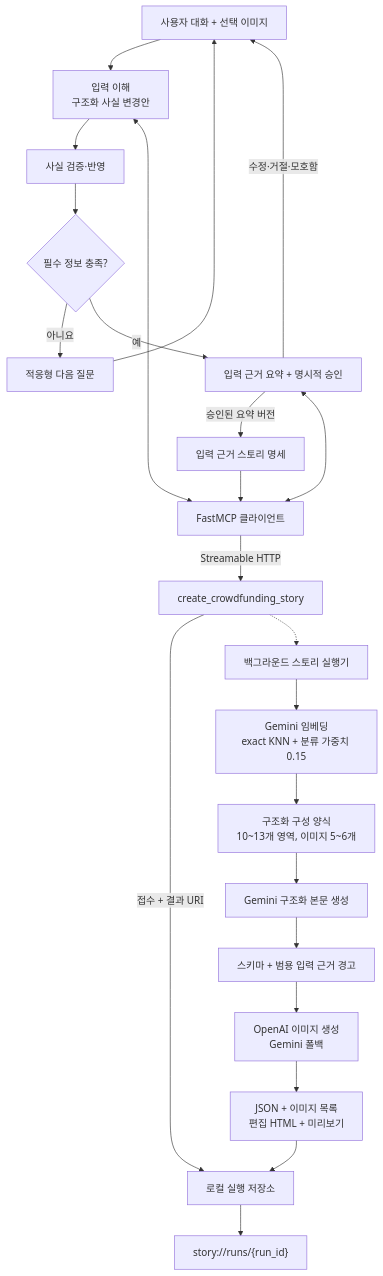
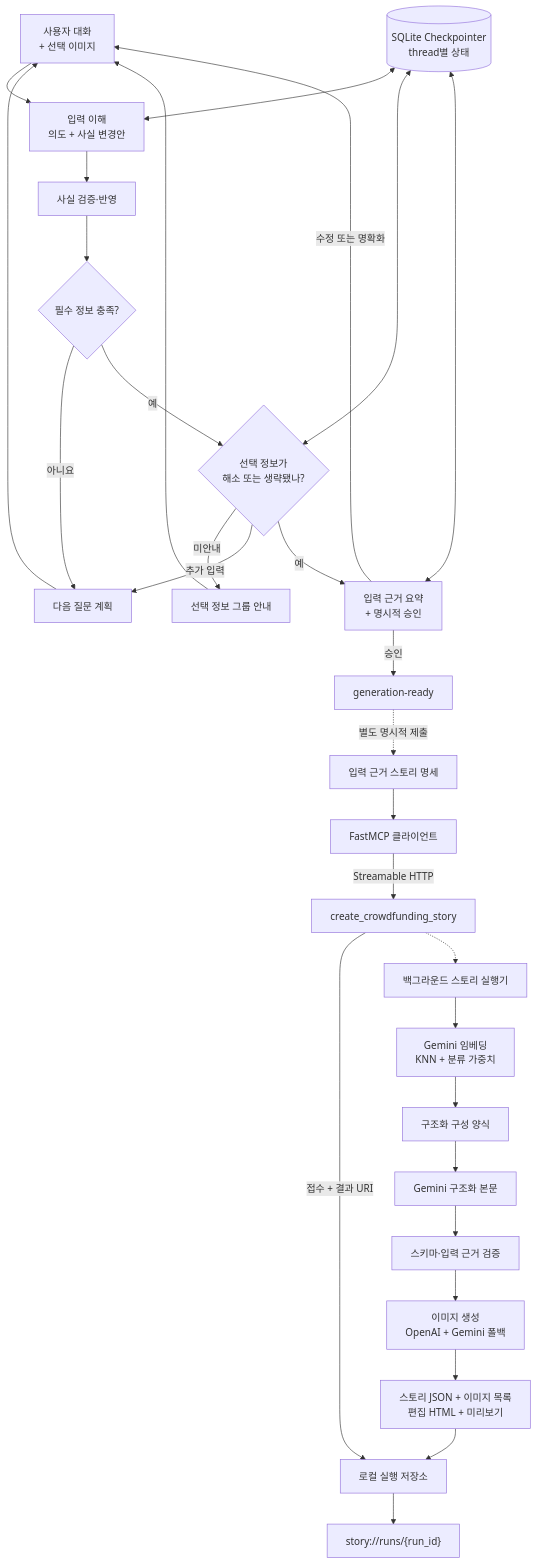
Before and after one commit to KT-Cloud-Tech-Up-team6/funding-story-ai: the diagram in i18n/README-KR.md, drawn with Mermaid. The commit also changed other lines of this file and 27 other files, not shown here.

````diff
--- a/i18n/README-KR.md
+++ b/i18n/README-KR.md
@@ -168,28 +152,35 @@
 ```mermaid
 flowchart TB
-    U["사용자 대화 + 선택 이미지"] --> X["입력 이해<br/>구조화 사실 변경안"]
+    U["사용자 대화<br/>+ 선택 이미지"] --> X["입력 이해<br/>의도 + 사실 변경안"]
     X --> F["사실 검증·반영"]
     F --> Q{"필수 정보 충족?"}
-    Q -->|아니요| N["적응형 다음 질문"]
+    Q -->|아니요| N["다음 질문 계획"]
     N --> U
-    Q -->|예| A["입력 근거 요약 + 명시적 승인"]
-    A -->|수정·거절·모호함| U
-    A -->|승인된 요약 버전| B["입력 근거 스토리 명세"]
-    C[("SQLite Checkpointer<br/>세션별 상태")]
-    C <--> X
-    C <--> A
+    Q -->|예| O{"선택 정보가<br/>해소 또는 생략됐나?"}
+    O -->|미안내| L["선택 정보 그룹 안내"]
+    O -->|추가 입력| N
+    L --> U
+    O -->|예| A["입력 근거 요약<br/>+ 명시적 승인"]
+    A -->|수정 또는 명확화| U
+    A -->|승인| R["generation-ready"]
 
-    B --> C["FastMCP 클라이언트"]
-    C -->|"Streamable HTTP"| M["create_crowdfunding_story"]
+    CP[("SQLite Checkpointer<br/>thread별 상태")]
+    CP <--> X
+    CP <--> O
+    CP <--> A
+
+    R -.->|"별도 명시적 제출"| B["입력 근거 스토리 명세"]
+    B --> MC["FastMCP 클라이언트"]
+    MC -->|"Streamable HTTP"| M["create_crowdfunding_story"]
     M -->|"접수 + 결과 URI"| S["로컬 실행 저장소"]
     M -.-> E["백그라운드 스토리 실행기"]
 
-    E --> K["Gemini 임베딩<br/>exact KNN + 분류 가중치 0.15"]
-    K --> T["구조화 구성 양식<br/>10~13개 영역, 이미지 5~6개"]
-    T --> G["Gemini 구조화 본문 생성"]
-    G --> V["스키마 + 범용 입력 근거 경고"]
-    V --> I["OpenAI 이미지 생성<br/>Gemini 폴백"]
-    I --> H["JSON + 이미지 목록<br/>편집 HTML + 미리보기"]
+    E --> K["Gemini 임베딩<br/>KNN + 분류 가중치"]
+    K --> T["구조화 구성 양식"]
+    T --> G["Gemini 구조화 본문"]
+    G --> V["스키마·입력 근거 검증"]
+    V --> I["이미지 생성<br/>OpenAI + Gemini 폴백"]
+    I --> H["스토리 JSON + 이미지 목록<br/>편집 HTML + 미리보기"]
     H --> S
-    S --> R["story://runs/{run_id}"]
+    S --> Z["story://runs/{run_id}"]
 ```
````
